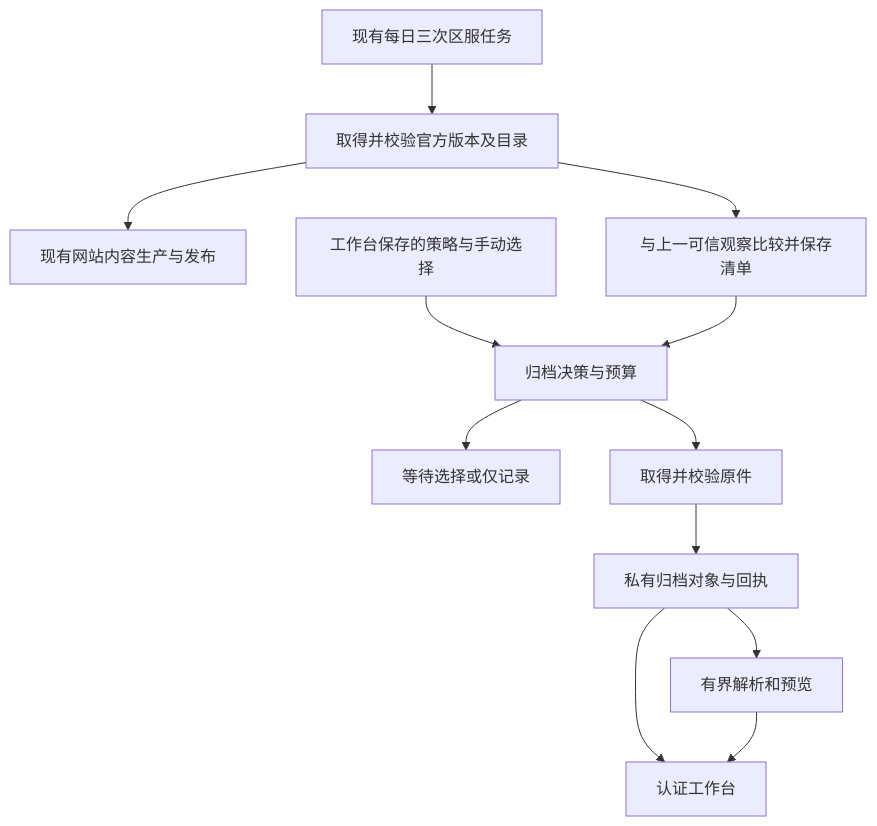
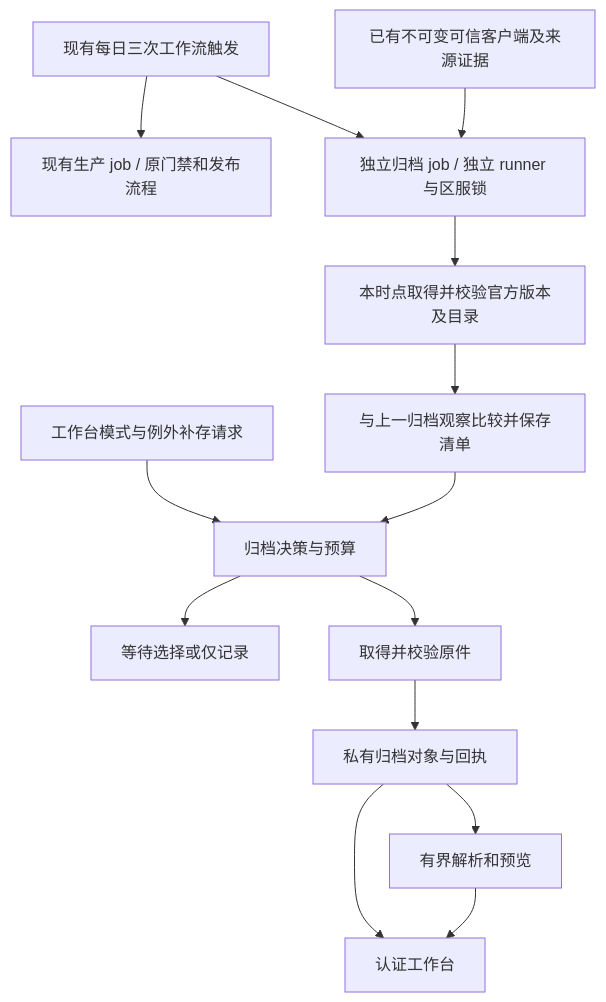
One commit to stonesver/otonote changed the diagram in docs/designs/2026-10-20-official-update-archive-design.md. Above: the diagram before and after it, drawn with Mermaid. The commit also changed other lines of this file, not shown here.

Commit message:
docs: review archive isolation and automatic capture flows

````diff
--- a/docs/designs/2026-10-20-official-update-archive-design.md
+++ b/docs/designs/2026-10-20-official-update-archive-design.md
@@ -65,14 +71,16 @@
 ```mermaid
 flowchart TD
-  Schedule[现有每日三次区服任务] --> Observation[取得并校验官方版本及目录]
-  Observation --> Site[现有网站内容生产与发布]
-  Observation --> Diff[与上一可信观察比较并保存清单]
-  Controls[工作台保存的策略与手动选择] --> Policy[归档决策与预算]
+  Schedule[现有每日三次工作流触发] --> Site[现有生产 job / 原门禁和发布流程]
+  Schedule --> Archive[独立归档 job / 独立 runner 与区服锁]
+  Proof[已有不可变可信客户端及来源证据] --> Archive
+  Archive --> Observation[本时点取得并校验官方版本及目录]
+  Observation --> Diff[与上一归档观察比较并保存清单]
+  Controls[工作台模式与例外补存请求] --> Policy[归档决策与预算]
   Diff --> Policy
   Policy --> Pending[等待选择或仅记录]
   Policy --> Raw[取得并校验原件]
   Raw --> Store[私有归档对象与回执]
   Store --> Preview[有界解析和预览]
   Store --> Admin[认证工作台]
   Preview --> Admin
 ```
````
